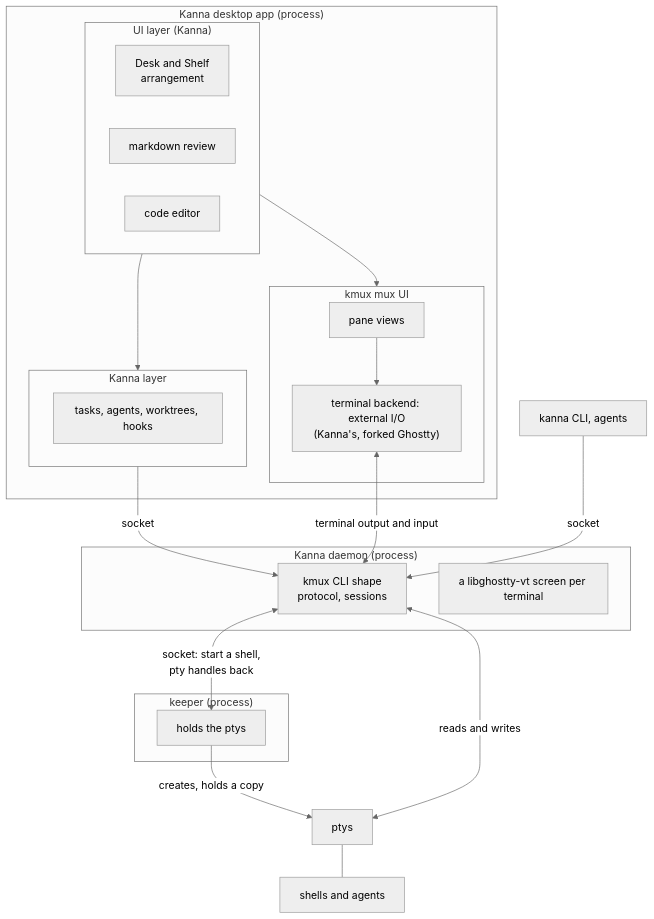
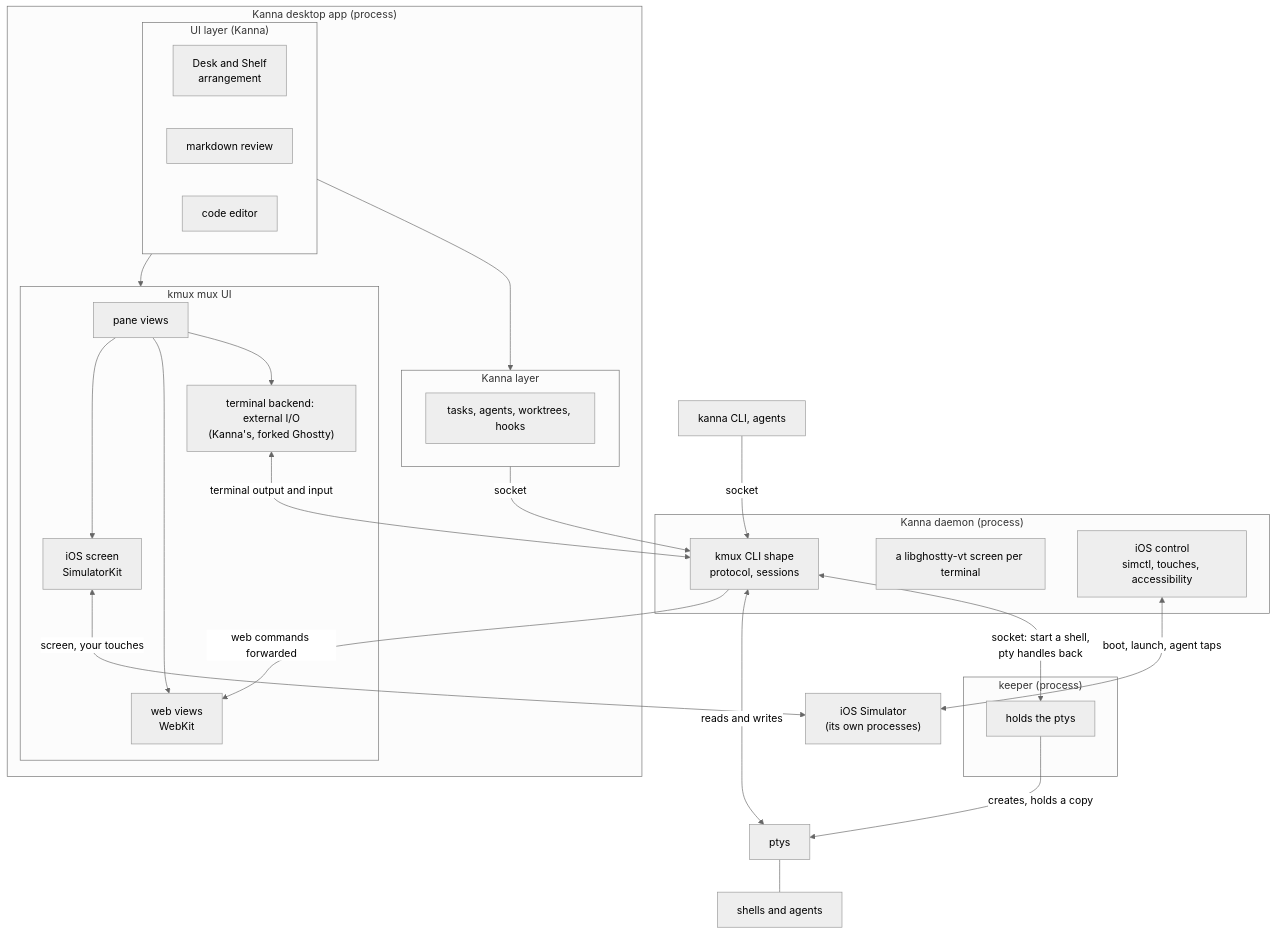
Before and after one commit to jemdiggity/kanna-v4: the second of 10 diagrams in docs/research/mux-architecture.md, drawn with Mermaid (neutral theme). The commit also changed other lines of this file, not shown here.

Commit message:
Mux architecture: where web and iOS panes live

````diff
--- a/docs/research/mux-architecture.md
+++ b/docs/research/mux-architecture.md
@@ -69,37 +75,46 @@
 ```mermaid
 flowchart TB
     subgraph APP["Kanna desktop app (process)"]
         subgraph L1["UI layer (Kanna)"]
             DESK["Desk and Shelf<br/>arrangement"]
             REVIEW["markdown review"]
             EDIT["code editor"]
         end
         subgraph L2["Kanna layer"]
             TASKS["tasks, agents, worktrees, hooks"]
         end
         subgraph L3["kmux mux UI"]
             PANES["pane views"]
             EXT["terminal backend: external I/O<br/>(Kanna's, forked Ghostty)"]
+            WEB["web views<br/>WebKit"]
+            SIMV["iOS screen<br/>SimulatorKit"]
         end
         L1 --> L2
         L1 --> L3
         PANES --> EXT
+        PANES --> WEB
+        PANES --> SIMV
     end
     subgraph DP["Kanna daemon (process)"]
         CORE["kmux CLI shape<br/>protocol, sessions"]
         VT["a libghostty-vt screen per terminal"]
+        SIMC["iOS control<br/>simctl, touches, accessibility"]
     end
+    SIM["iOS Simulator<br/>(its own processes)"]
     subgraph KP["keeper (process)"]
         KEEPER["holds the ptys"]
     end
     CLI["kanna CLI, agents"]
     PTY["ptys"]
     SH["shells and agents"]
     L2 -->|"socket"| CORE
     EXT <-->|"terminal output and input"| CORE
     CLI -->|"socket"| CORE
     CORE <-->|"socket: start a shell,<br/>pty handles back"| KEEPER
     KEEPER -->|"creates, holds a copy"| PTY
     CORE <-->|"reads and writes"| PTY
     PTY --- SH
+    SIMV <-->|"screen, your touches"| SIM
+    SIMC <-->|"boot, launch, agent taps"| SIM
+    CORE -->|"web commands forwarded"| WEB
 ```
````
